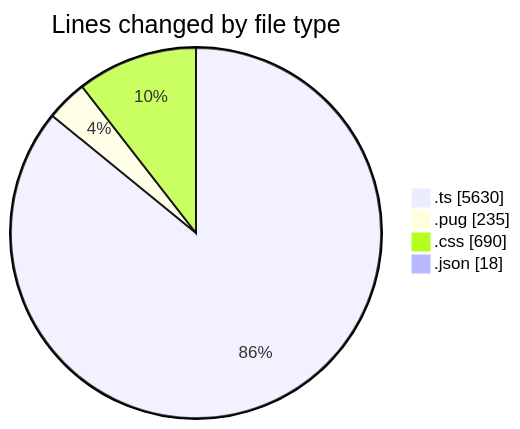
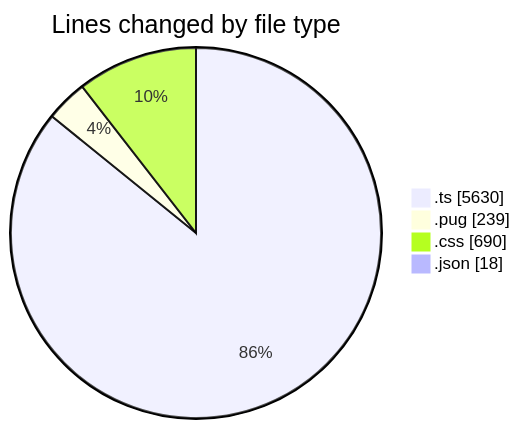
One commit to momahboobian/code-tracking changed the first of 2 diagrams in 2025-10-31/cda/README.md. Above: the diagram before and after it, drawn with Mermaid. The commit also changed other lines of this file and 1 other file, not shown here.

````diff
--- a/2025-10-31/cda/README.md
+++ b/2025-10-31/cda/README.md
@@ -31,8 +31,8 @@
 ```mermaid
 pie showData
 title Lines changed by file type
 ".ts" : 5630
-".pug" : 235
+".pug" : 239
 ".css" : 690
 ".json" : 18
 ```
````
